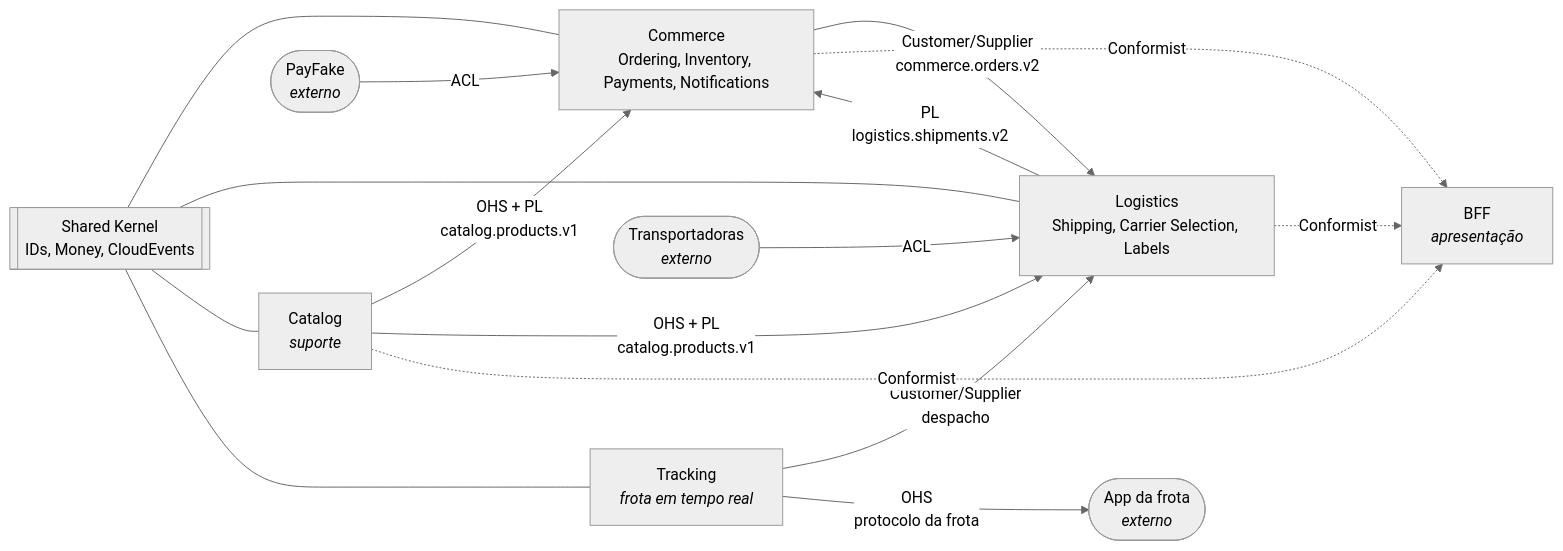
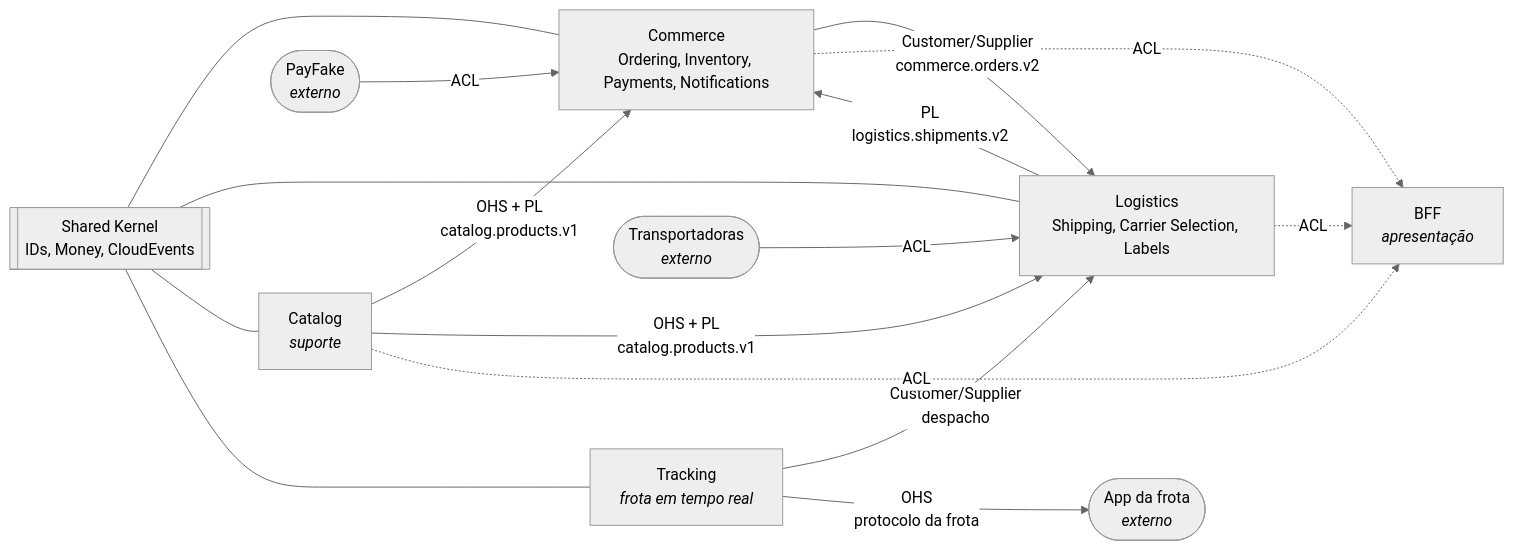
Before and after one commit to flaviotinococoutinho/Tucano_vibe_chaos: the diagram in docs/architecture/context-map.md, drawn with Mermaid (neutral theme). The commit also changed other lines of this file and 46 other files, not shown here.

````diff
--- a/docs/architecture/context-map.md
+++ b/docs/architecture/context-map.md
@@ -5,28 +5,28 @@
 ```mermaid
 flowchart LR
   catalog["Catalog<br/><i>suporte</i>"]
   commerce["Commerce<br/>Ordering, Inventory, Payments, Notifications"]
   logistics["Logistics<br/>Shipping, Carrier Selection, Labels"]
   tracking["Tracking<br/><i>frota em tempo real</i>"]
   bff["BFF<br/><i>apresentação</i>"]
   psp(["PayFake<br/><i>externo</i>"])
   carriers(["Transportadoras<br/><i>externo</i>"])
   devices(["App da frota<br/><i>externo</i>"])
   kernel[["Shared Kernel<br/>IDs, Money, CloudEvents"]]
 
   catalog -- "OHS + PL<br/>catalog.products.v1" --> commerce
   catalog -- "OHS + PL<br/>catalog.products.v1" --> logistics
   commerce -- "Customer/Supplier<br/>commerce.orders.v2" --> logistics
   logistics -- "PL<br/>logistics.shipments.v2" --> commerce
   tracking -- "Customer/Supplier<br/>despacho" --> logistics
   psp -- "ACL" --> commerce
   carriers -- "ACL" --> logistics
   tracking -- "OHS<br/>protocolo da frota" --> devices
-  commerce -. "Conformist" .-> bff
-  logistics -. "Conformist" .-> bff
-  catalog -. "Conformist" .-> bff
+  commerce -. "ACL" .-> bff
+  logistics -. "ACL" .-> bff
+  catalog -. "ACL" .-> bff
   kernel --- commerce
   kernel --- logistics
   kernel --- catalog
   kernel --- tracking
 ```
````
